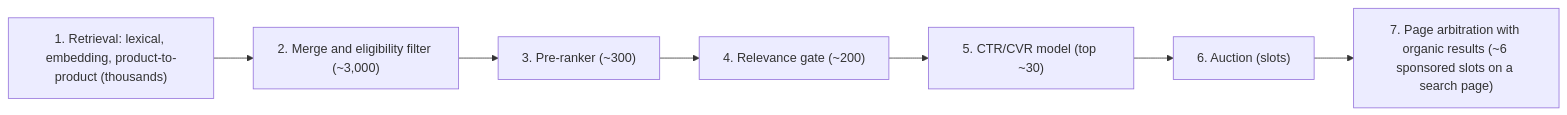
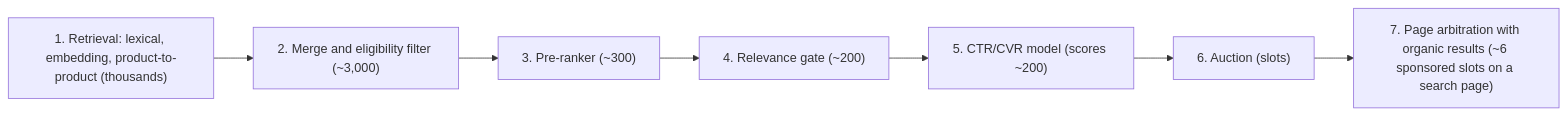
One commit to thunderbird2009/book_rmn changed the fourth of 4 diagrams in content/ch01_why_retail_media.md. Above: the diagram before and after it, drawn with Mermaid. The commit also changed other lines of this file and 2 other files, not shown here.

````diff
--- a/content/ch01_why_retail_media.md
+++ b/content/ch01_why_retail_media.md
@@ -355,9 +355,9 @@
 ```mermaid
 flowchart LR
   A["1. Retrieval: lexical, embedding, product-to-product (thousands)"] --> B["2. Merge and eligibility filter (~3,000)"]
   B --> C["3. Pre-ranker (~300)"]
   C --> D["4. Relevance gate (~200)"]
-  D --> E["5. CTR/CVR model (top ~30)"]
+  D --> E["5. CTR/CVR model (scores ~200)"]
   E --> F["6. Auction (slots)"]
   F --> G["7. Page arbitration with organic results (~6 sponsored slots on a search page)"]
 ```
````
